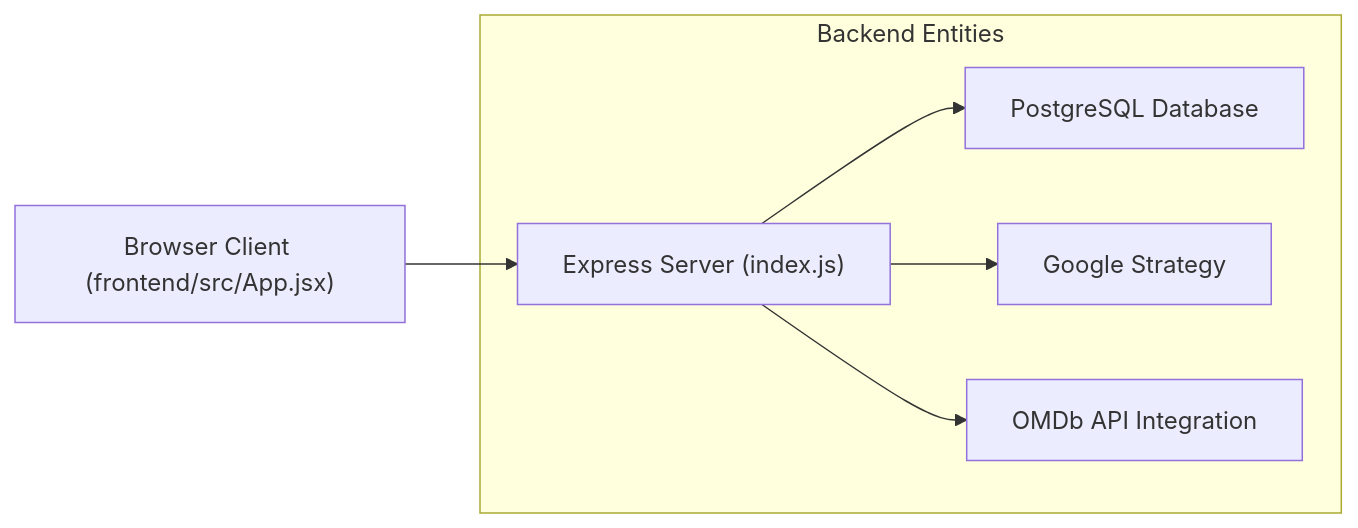
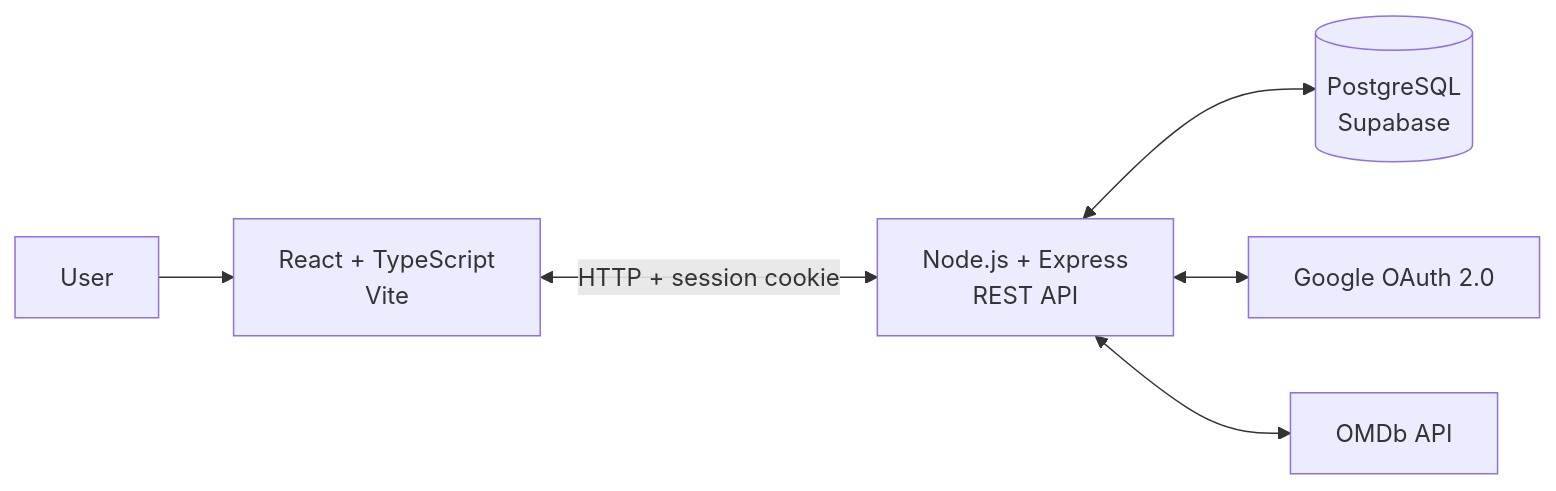
The diagram in README.md (rhythm162k/my_movie_diary), drawn with Mermaid before and after one commit. The commit also changed other lines of this file, not shown here.

````diff
--- a/README.md
+++ b/README.md
@@ -16,14 +60,15 @@
 ```mermaid
 flowchart LR
-    Browser["Browser Client (frontend/src/App.jsx)"]
-    subgraph subGraph0 ["Backend Entities"]
-        ExpressServer["Express Server (index.js)"]
-        Postgres["PostgreSQL Database"]
-        GoogleAuth["Google Strategy"]
-        OMDb["OMDb API Integration"]
-    end
-    Browser --> ExpressServer
-    ExpressServer --> Postgres
-    ExpressServer --> GoogleAuth
-    ExpressServer --> OMDb
+    User["User"]
+    Frontend["React + TypeScript<br/>Vite"]
+    Backend["Node.js + Express<br/>REST API"]
+    Database[("PostgreSQL<br/>Supabase")]
+    Google["Google OAuth 2.0"]
+    OMDb["OMDb API"]
+
+    User --> Frontend
+    Frontend <-->|HTTP + session cookie| Backend
+    Backend <--> Database
+    Backend <--> Google
+    Backend <--> OMDb
 ```
````
